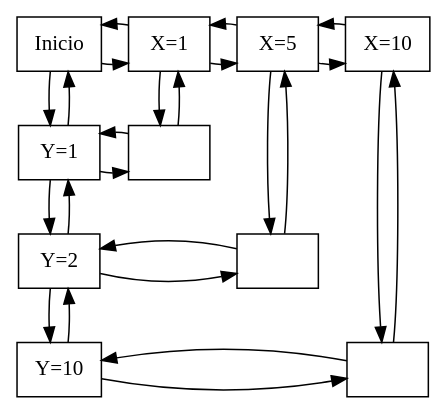
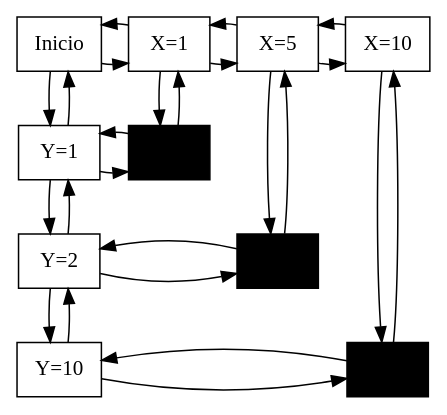
The diagram in EDD_Fase2/Grafica.dot (davidjr01/EDD_Fases_201801106), drawn with Graphviz before and after one commit. The commit also changed 3 other files, not shown here.

```diff
--- a/EDD_Fase2/Grafica.dot
+++ b/EDD_Fase2/Grafica.dot
@@ -1,43 +1,43 @@
 digraph G {
 node[styles="filled" , shape="box"]
 Y0[label="Inicio" ,group=0]
 Y1[label="Y=1",group=0]
 Y0->Y1
 Y1->Y0
 Y2[label="Y=2",group=0]
 Y1->Y2
 Y2->Y1
 Y10[label="Y=10",group=0]
 Y2->Y10
 Y10->Y2
 X1[label="X=1",group=1]
-nodo11[label="",group=1]
+nodo11[label="hola",group=1,style="filled",fillcolor="black" ]
 X1->nodo11
 nodo11->X1
 Y0->X1
 X1->Y0
 {rank="same";Y0;X1;}
 X5[label="X=5",group=2]
-nodo52[label="",group=2]
+nodo52[label="hola",group=2,style="filled",fillcolor="black" ]
 X5->nodo52
 nodo52->X5
 X1->X5
 X5->X1
 {rank="same";X1;X5}
 X10[label="X=10",group=3]
-nodo1010[label="",group=3]
+nodo1010[label="hola",group=3,style="filled",fillcolor="black" ]
 X10->nodo1010
 nodo1010->X10
 X5->X10
 X10->X5
 {rank="same";X5;X10}
 Y1->nodo11
 nodo11->Y1
 {rank="same";Y1;nodo11;}
 Y2->nodo52
 nodo52->Y2
 {rank="same";Y2;nodo52;}
 Y10->nodo1010
 nodo1010->Y10
 {rank="same";Y10;nodo1010;}
 }
```
